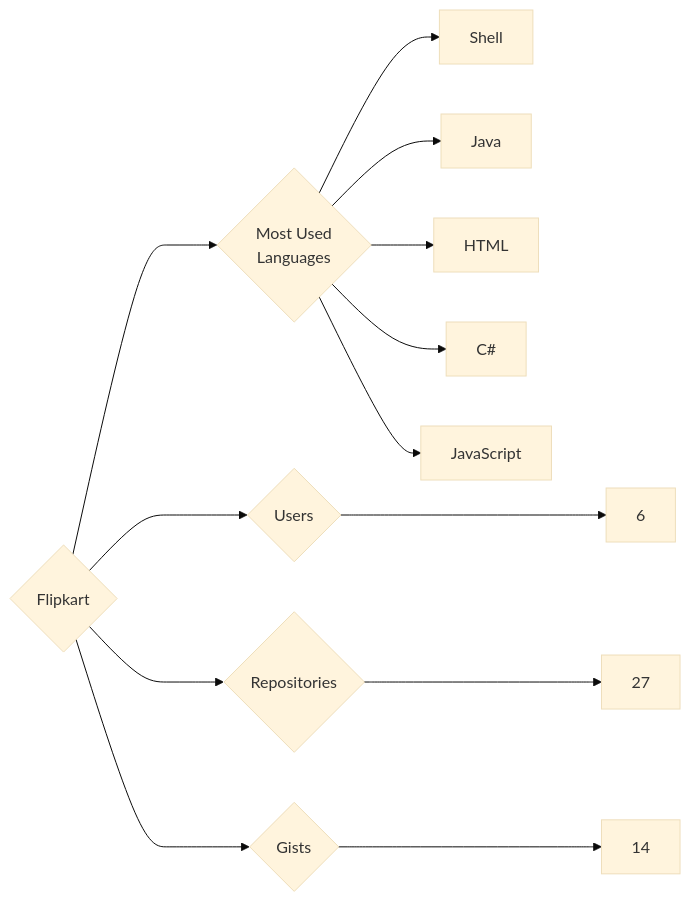
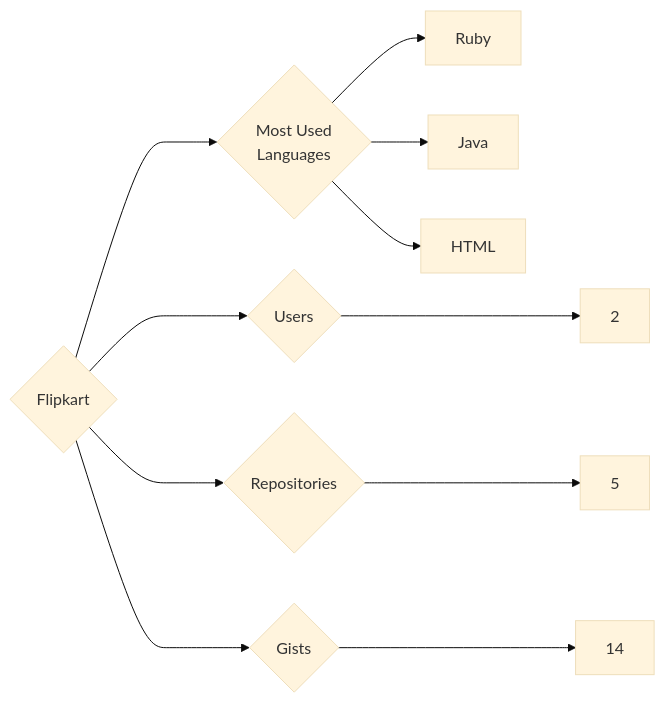
One commit to trickest/insiders changed the diagram in targets/Flipkart/README.md. Above: the diagram before and after it, drawn with Mermaid (base theme). The commit also changed 880 other files, not shown here.

````diff
--- a/targets/Flipkart/README.md
+++ b/targets/Flipkart/README.md
@@ -3,13 +3,11 @@
 ```mermaid
 graph LR
 COMPANY_NAME{Flipkart}
-COMPANY_NAME ---> U{Users} ---> UN[6]
-COMPANY_NAME ---> R{Repositories} ---> RN[27]
+COMPANY_NAME ---> U{Users} ---> UN[2]
+COMPANY_NAME ---> R{Repositories} ---> RN[5]
 COMPANY_NAME ---> G{Gists} ---> GN[14]
 COMPANY_NAME ---> ML{Most Used<br>Languages}
-ML --> Shell[Shell]
+ML --> Ruby[Ruby]
 ML --> Java[Java]
 ML --> HTML[HTML]
-ML --> C#[C#]
-ML --> JavaScript[JavaScript]
 ```
````
